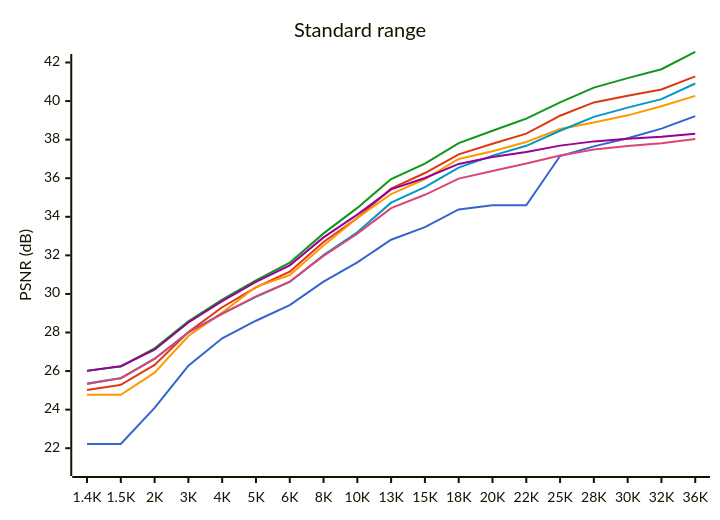
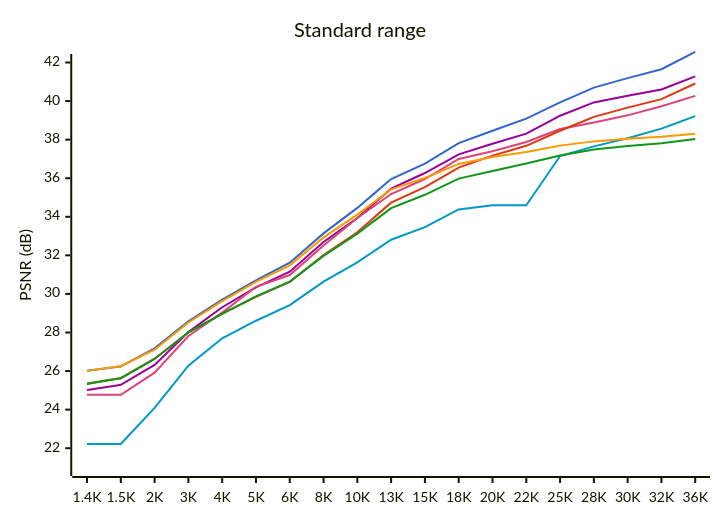
The second of 2 diagrams in results.md (lieff/miniwtpc), drawn with Mermaid before and after one commit. The commit also changed other lines of this file and 53 other files, not shown here.

````diff
--- a/results.md
+++ b/results.md
@@ -28,14 +28,14 @@
 ```mermaid
-%%{init: {"themeVariables": {"xyChart": {"plotColorPalette": "#3366cc, #dc3912, #ff9900, #109618, #0099c6, #990099, #dd4477"}}}}%%
+%%{init: {"themeVariables": {"xyChart": {"plotColorPalette": "#0099c6, #990099, #dd4477, #3366cc, #dc3912, #ff9900, #109618"}}}}%%
 xychart-beta
     title "Standard range"
     y-axis "PSNR (dB)" 21 --> 42
     x-axis ["1.4K", "1.5K", "2K", "3K", "4K", "5K", "6K", "8K", "10K", "13K", "15K", "18K", "20K", "22K", "25K", "28K", "30K", "32K", "36K"]
     line "JPEG" [22.22, 22.22, 24.09, 26.28, 27.70, 28.61, 29.42, 30.64, 31.64, 32.81, 33.46, 34.38, 34.60, 34.60, 37.15, 37.65, 38.07, 38.57, 39.22]
     line "JPEG2000" [25.02, 25.29, 26.32, 28.02, 29.31, 30.34, 31.15, 32.69, 33.94, 35.46, 36.27, 37.24, 37.79, 38.31, 39.24, 39.93, 40.28, 40.60, 41.28]
     line "JPEGXL" [24.77, 24.77, 25.92, 27.82, 29.03, 30.37, 30.98, 32.51, 33.94, 35.18, 35.96, 37.00, 37.40, 37.88, 38.55, 38.89, 39.26, 39.73, 40.27]
     line "WTPC EBC" [26.02, 26.24, 27.18, 28.58, 29.71, 30.70, 31.62, 33.14, 34.46, 35.96, 36.76, 37.82, 38.46, 39.09, 39.93, 40.70, 41.19, 41.65, 42.55]
     line "WTPC Huff" [25.36, 25.63, 26.64, 28.00, 28.98, 29.85, 30.62, 32.02, 33.20, 34.73, 35.54, 36.55, 37.17, 37.68, 38.46, 39.18, 39.66, 40.10, 40.91]
     line "W420 EBC" [26.01, 26.25, 27.11, 28.52, 29.63, 30.62, 31.48, 32.93, 34.11, 35.42, 36.01, 36.74, 37.10, 37.36, 37.69, 37.91, 38.05, 38.15, 38.31]
     line "W420 Huff" [25.33, 25.63, 26.63, 28.01, 28.97, 29.87, 30.64, 31.97, 33.12, 34.45, 35.14, 35.98, 36.37, 36.76, 37.18, 37.49, 37.67, 37.81, 38.03]
 ```
````
